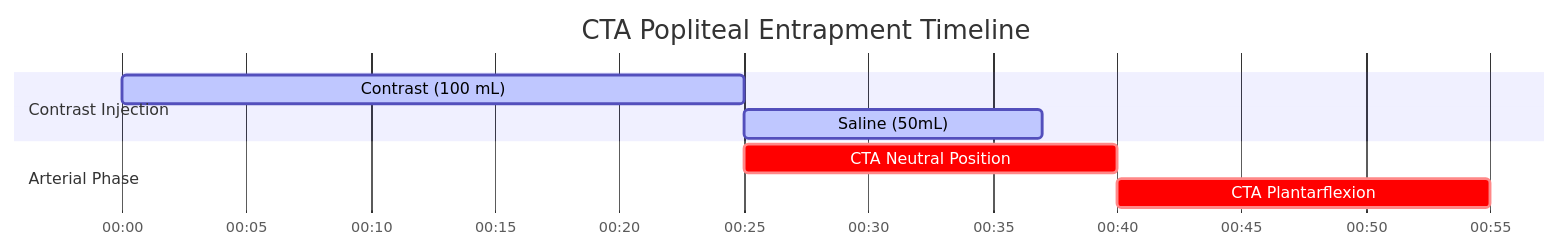
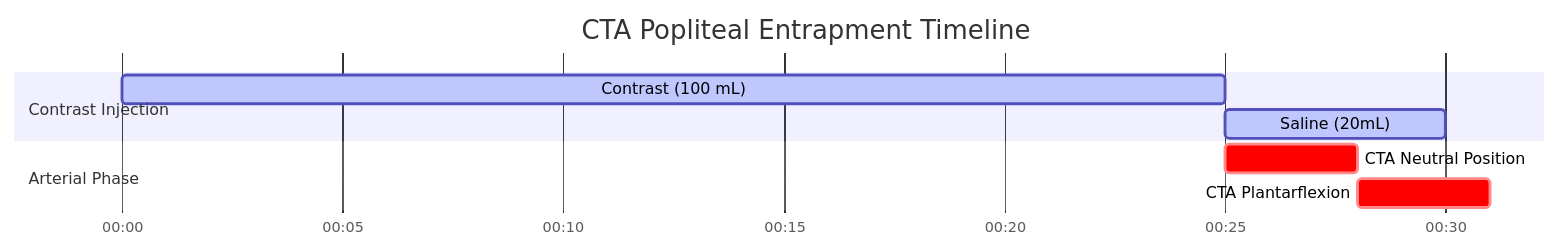
The diagram in docs/ct/vascular/cta-popliteal-entrapment.md (dfergs93/radiology-protocols), drawn with Mermaid before and after one commit. The commit also changed other lines of this file and 113 other files, not shown here.

````diff
--- a/docs/ct/vascular/cta-popliteal-entrapment.md
+++ b/docs/ct/vascular/cta-popliteal-entrapment.md
@@ -83,18 +84,18 @@
   ```mermaid
   ---
   config:
     theme: default
   ---
     gantt
       title CTA Popliteal Entrapment Timeline
       dateFormat mm:ss
       axisFormat %M:%S 
       
       section Contrast Injection
       Contrast (100 mL)    :active, contrast, 00:00, 25s
-      Saline (50mL)          :active, saline, after contrast, 12s
+      Saline (20mL)          :active, saline, after contrast, 5s
       section Arterial Phase
-      CTA Neutral Position    :crit, scan1, 00:25, 15s
+      CTA Neutral Position    :crit, scan1, after contrast, 3s
       section Arterial Phase
-      CTA Plantarflexion    :crit, scan2, after scan1, 15s
+      CTA Plantarflexion    :crit, scan2, after scan1, 3s
   ```
````
